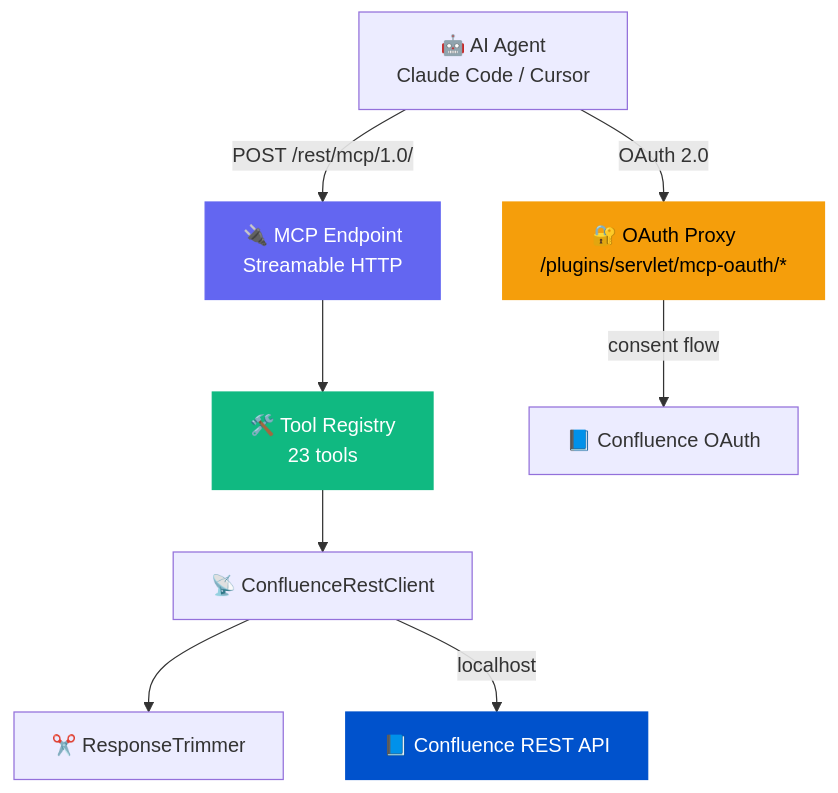
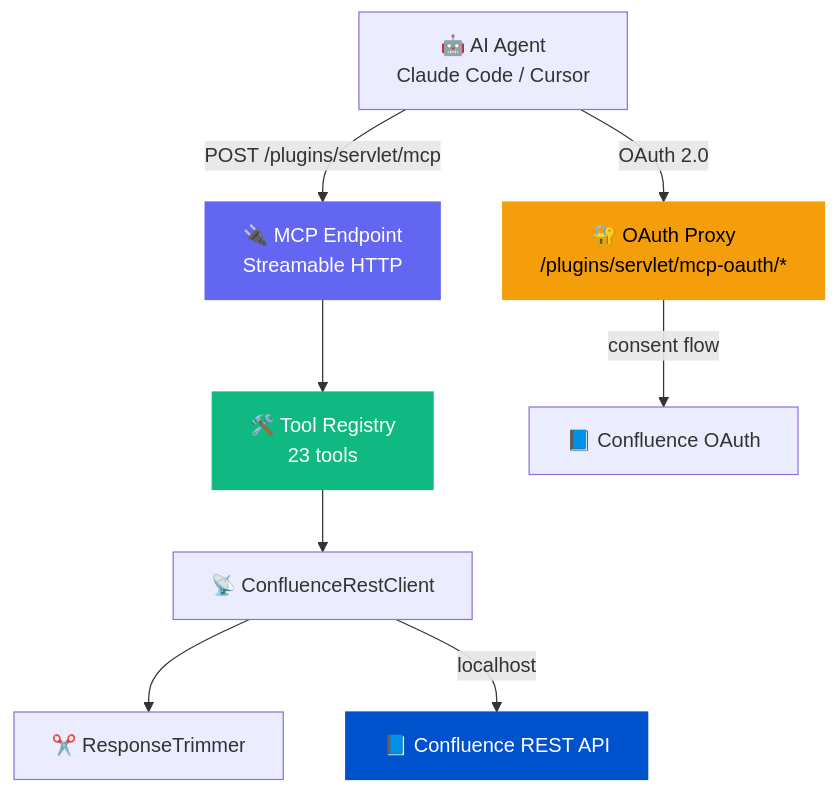
One commit to mrkhachaturov/confluence-mcp-plugin changed the first of 5 diagrams in README.md. Above: the diagram before and after it, drawn with Mermaid. The commit also changed other lines of this file and 3 other files, not shown here.

Commit message:
docs(mcp-sdk): endpoint /plugins/servlet/mcp, async servlet-filter, @UnrestrictedAccess anon-reachability, filter-chain architecture; fix admin UI endpoint

````diff
--- a/README.md
+++ b/README.md
@@ -30,17 +30,17 @@
 ```mermaid
 graph TD
-    AI["🤖 AI Agent<br/>Claude Code / Cursor"] -->|"POST /rest/mcp/1.0/"| MCP["🔌 MCP Endpoint<br/>Streamable HTTP"]
+    AI["🤖 AI Agent<br/>Claude Code / Cursor"] -->|"POST /plugins/servlet/mcp"| MCP["🔌 MCP Endpoint<br/>Streamable HTTP"]
     AI -->|"OAuth 2.0"| OAUTH["🔐 OAuth Proxy<br/>/plugins/servlet/mcp-oauth/*"]
 
     MCP --> TR["🛠️ Tool Registry<br/>23 tools"]
     OAUTH -->|"consent flow"| CONF_AUTH["📘 Confluence OAuth"]
 
     TR --> CLIENT["📡 ConfluenceRestClient"]
     CLIENT --> TRIM["✂️ ResponseTrimmer"]
     CLIENT -->|"localhost"| CONF_API["📘 Confluence REST API"]
 
     style MCP fill:#6366f1,color:#fff,stroke:#6366f1
     style TR fill:#10b981,color:#fff,stroke:#10b981
     style OAUTH fill:#f59e0b,color:#000,stroke:#f59e0b
     style CONF_API fill:#0052CC,color:#fff,stroke:#0052CC
 ```
````
